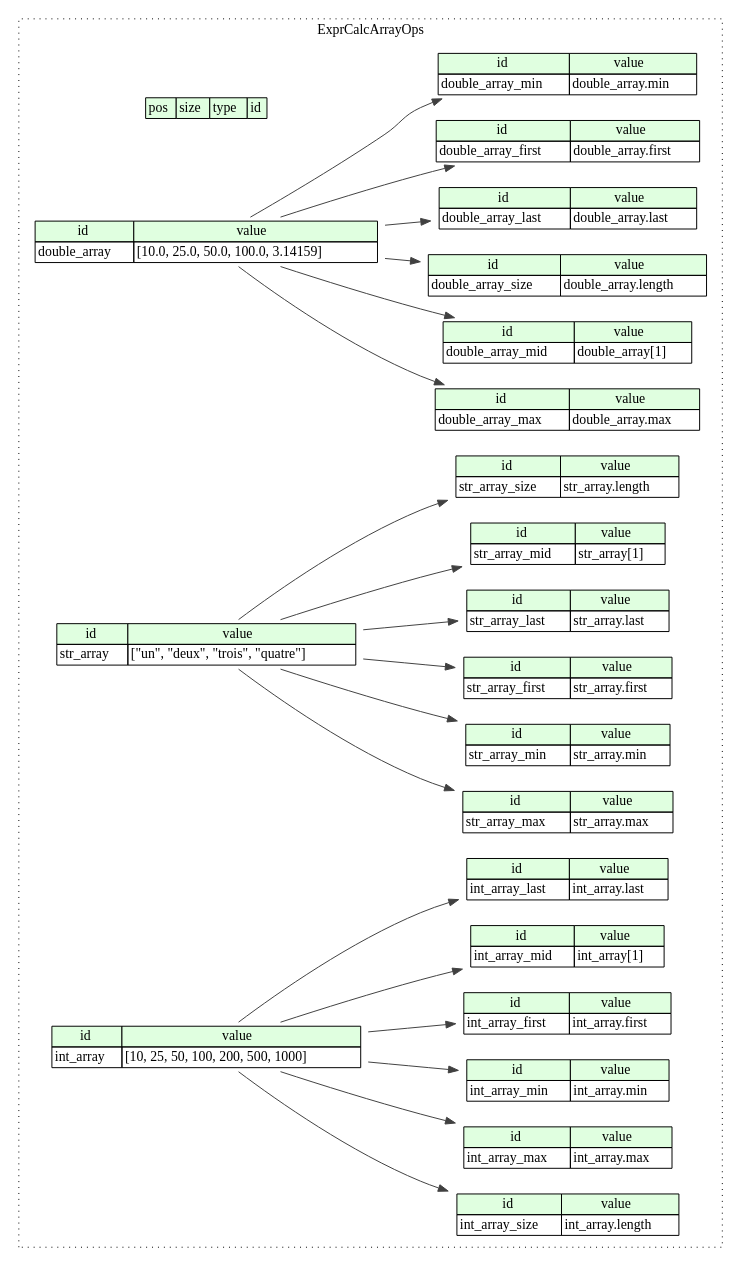
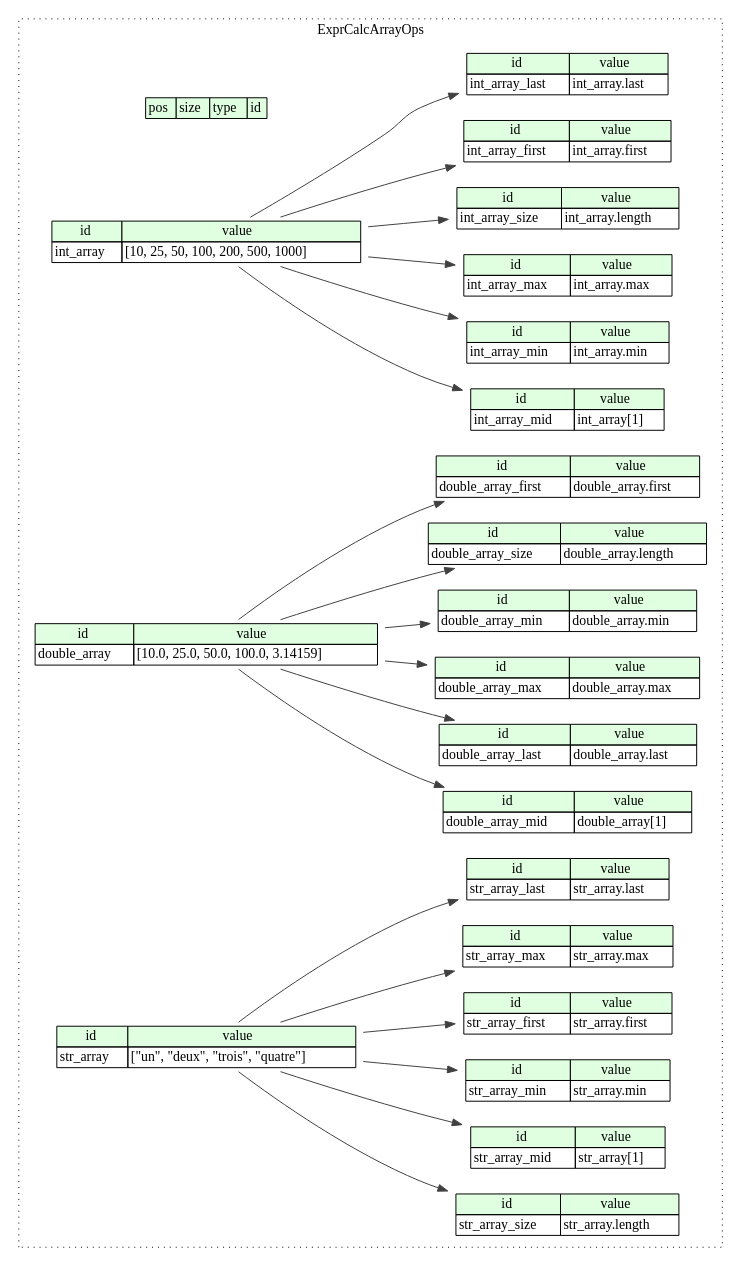
Before and after one commit to kaitai-io/ci_targets: the diagram in compiled/graphviz/expr_calc_array_ops.dot, drawn with Graphviz. The commit also changed other lines of this file and 388 other files, not shown here.

```diff
--- a/compiled/graphviz/expr_calc_array_ops.dot
+++ b/compiled/graphviz/expr_calc_array_ops.dot
@@ -8,107 +8,107 @@
 		expr_calc_array_ops__seq [label=<<TABLE BORDER="0" CELLBORDER="1" CELLSPACING="0">
 			<TR><TD BGCOLOR="#E0FFE0">pos</TD><TD BGCOLOR="#E0FFE0">size</TD><TD BGCOLOR="#E0FFE0">type</TD><TD BGCOLOR="#E0FFE0">id</TD></TR>
 		</TABLE>>];
-		expr_calc_array_ops__inst__double_array [label=<<TABLE BORDER="0" CELLBORDER="1" CELLSPACING="0">
+		expr_calc_array_ops__inst__double_array_mid [label=<<TABLE BORDER="0" CELLBORDER="1" CELLSPACING="0">
 			<TR><TD BGCOLOR="#E0FFE0">id</TD><TD BGCOLOR="#E0FFE0">value</TD></TR>
-			<TR><TD>double_array</TD><TD>[10.0, 25.0, 50.0, 100.0, 3.14159]</TD></TR>
+			<TR><TD>double_array_mid</TD><TD>double_array[1]</TD></TR>
+		</TABLE>>];
+		expr_calc_array_ops__inst__str_array_size [label=<<TABLE BORDER="0" CELLBORDER="1" CELLSPACING="0">
+			<TR><TD BGCOLOR="#E0FFE0">id</TD><TD BGCOLOR="#E0FFE0">value</TD></TR>
+			<TR><TD>str_array_size</TD><TD>str_array.length</TD></TR>
+		</TABLE>>];
+		expr_calc_array_ops__inst__int_array_mid [label=<<TABLE BORDER="0" CELLBORDER="1" CELLSPACING="0">
+			<TR><TD BGCOLOR="#E0FFE0">id</TD><TD BGCOLOR="#E0FFE0">value</TD></TR>
+			<TR><TD>int_array_mid</TD><TD>int_array[1]</TD></TR>
+		</TABLE>>];
+		expr_calc_array_ops__inst__double_array_last [label=<<TABLE BORDER="0" CELLBORDER="1" CELLSPACING="0">
+			<TR><TD BGCOLOR="#E0FFE0">id</TD><TD BGCOLOR="#E0FFE0">value</TD></TR>
+			<TR><TD>double_array_last</TD><TD>double_array.last</TD></TR>
+		</TABLE>>];
+		expr_calc_array_ops__inst__double_array_max [label=<<TABLE BORDER="0" CELLBORDER="1" CELLSPACING="0">
+			<TR><TD BGCOLOR="#E0FFE0">id</TD><TD BGCOLOR="#E0FFE0">value</TD></TR>
+			<TR><TD>double_array_max</TD><TD>double_array.max</TD></TR>
+		</TABLE>>];
+		expr_calc_array_ops__inst__int_array [label=<<TABLE BORDER="0" CELLBORDER="1" CELLSPACING="0">
+			<TR><TD BGCOLOR="#E0FFE0">id</TD><TD BGCOLOR="#E0FFE0">value</TD></TR>
+			<TR><TD>int_array</TD><TD>[10, 25, 50, 100, 200, 500, 1000]</TD></TR>
+		</TABLE>>];
+		expr_calc_array_ops__inst__double_array_min [label=<<TABLE BORDER="0" CELLBORDER="1" CELLSPACING="0">
+			<TR><TD BGCOLOR="#E0FFE0">id</TD><TD BGCOLOR="#E0FFE0">value</TD></TR>
+			<TR><TD>double_array_min</TD><TD>double_array.min</TD></TR>
+		</TABLE>>];
+		expr_calc_array_ops__inst__str_array_mid [label=<<TABLE BORDER="0" CELLBORDER="1" CELLSPACING="0">
+			<TR><TD BGCOLOR="#E0FFE0">id</TD><TD BGCOLOR="#E0FFE0">value</TD></TR>
+			<TR><TD>str_array_mid</TD><TD>str_array[1]</TD></TR>
+		</TABLE>>];
+		expr_calc_array_ops__inst__int_array_min [label=<<TABLE BORDER="0" CELLBORDER="1" CELLSPACING="0">
+			<TR><TD BGCOLOR="#E0FFE0">id</TD><TD BGCOLOR="#E0FFE0">value</TD></TR>
+			<TR><TD>int_array_min</TD><TD>int_array.min</TD></TR>
+		</TABLE>>];
+		expr_calc_array_ops__inst__int_array_max [label=<<TABLE BORDER="0" CELLBORDER="1" CELLSPACING="0">
+			<TR><TD BGCOLOR="#E0FFE0">id</TD><TD BGCOLOR="#E0FFE0">value</TD></TR>
+			<TR><TD>int_array_max</TD><TD>int_array.max</TD></TR>
 		</TABLE>>];
 		expr_calc_array_ops__inst__int_array_size [label=<<TABLE BORDER="0" CELLBORDER="1" CELLSPACING="0">
 			<TR><TD BGCOLOR="#E0FFE0">id</TD><TD BGCOLOR="#E0FFE0">value</TD></TR>
 			<TR><TD>int_array_size</TD><TD>int_array.length</TD></TR>
 		</TABLE>>];
-		expr_calc_array_ops__inst__int_array_max [label=<<TABLE BORDER="0" CELLBORDER="1" CELLSPACING="0">
+		expr_calc_array_ops__inst__double_array_size [label=<<TABLE BORDER="0" CELLBORDER="1" CELLSPACING="0">
 			<TR><TD BGCOLOR="#E0FFE0">id</TD><TD BGCOLOR="#E0FFE0">value</TD></TR>
-			<TR><TD>int_array_max</TD><TD>int_array.max</TD></TR>
+			<TR><TD>double_array_size</TD><TD>double_array.length</TD></TR>
 		</TABLE>>];
-		expr_calc_array_ops__inst__double_array_max [label=<<TABLE BORDER="0" CELLBORDER="1" CELLSPACING="0">
+		expr_calc_array_ops__inst__double_array [label=<<TABLE BORDER="0" CELLBORDER="1" CELLSPACING="0">
 			<TR><TD BGCOLOR="#E0FFE0">id</TD><TD BGCOLOR="#E0FFE0">value</TD></TR>
-			<TR><TD>double_array_max</TD><TD>double_array.max</TD></TR>
+			<TR><TD>double_array</TD><TD>[10.0, 25.0, 50.0, 100.0, 3.14159]</TD></TR>
+		</TABLE>>];
+		expr_calc_array_ops__inst__double_array_first [label=<<TABLE BORDER="0" CELLBORDER="1" CELLSPACING="0">
+			<TR><TD BGCOLOR="#E0FFE0">id</TD><TD BGCOLOR="#E0FFE0">value</TD></TR>
+			<TR><TD>double_array_first</TD><TD>double_array.first</TD></TR>
+		</TABLE>>];
+		expr_calc_array_ops__inst__int_array_first [label=<<TABLE BORDER="0" CELLBORDER="1" CELLSPACING="0">
+			<TR><TD BGCOLOR="#E0FFE0">id</TD><TD BGCOLOR="#E0FFE0">value</TD></TR>
+			<TR><TD>int_array_first</TD><TD>int_array.first</TD></TR>
+		</TABLE>>];
+		expr_calc_array_ops__inst__int_array_last [label=<<TABLE BORDER="0" CELLBORDER="1" CELLSPACING="0">
+			<TR><TD BGCOLOR="#E0FFE0">id</TD><TD BGCOLOR="#E0FFE0">value</TD></TR>
+			<TR><TD>int_array_last</TD><TD>int_array.last</TD></TR>
+		</TABLE>>];
+		expr_calc_array_ops__inst__str_array_min [label=<<TABLE BORDER="0" CELLBORDER="1" CELLSPACING="0">
+			<TR><TD BGCOLOR="#E0FFE0">id</TD><TD BGCOLOR="#E0FFE0">value</TD></TR>
+			<TR><TD>str_array_min</TD><TD>str_array.min</TD></TR>
+		</TABLE>>];
+		expr_calc_array_ops__inst__str_array [label=<<TABLE BORDER="0" CELLBORDER="1" CELLSPACING="0">
+			<TR><TD BGCOLOR="#E0FFE0">id</TD><TD BGCOLOR="#E0FFE0">value</TD></TR>
+			<TR><TD>str_array</TD><TD>[&quot;un&quot;, &quot;deux&quot;, &quot;trois&quot;, &quot;quatre&quot;]</TD></TR>
+		</TABLE>>];
+		expr_calc_array_ops__inst__str_array_first [label=<<TABLE BORDER="0" CELLBORDER="1" CELLSPACING="0">
+			<TR><TD BGCOLOR="#E0FFE0">id</TD><TD BGCOLOR="#E0FFE0">value</TD></TR>
+			<TR><TD>str_array_first</TD><TD>str_array.first</TD></TR>
 		</TABLE>>];
 		expr_calc_array_ops__inst__str_array_max [label=<<TABLE BORDER="0" CELLBORDER="1" CELLSPACING="0">
 			<TR><TD BGCOLOR="#E0FFE0">id</TD><TD BGCOLOR="#E0FFE0">value</TD></TR>
 			<TR><TD>str_array_max</TD><TD>str_array.max</TD></TR>
 		</TABLE>>];
-		expr_calc_array_ops__inst__str_array_min [label=<<TABLE BORDER="0" CELLBORDER="1" CELLSPACING="0">
-			<TR><TD BGCOLOR="#E0FFE0">id</TD><TD BGCOLOR="#E0FFE0">value</TD></TR>
-			<TR><TD>str_array_min</TD><TD>str_array.min</TD></TR>
-		</TABLE>>];
-		expr_calc_array_ops__inst__double_array_mid [label=<<TABLE BORDER="0" CELLBORDER="1" CELLSPACING="0">
-			<TR><TD BGCOLOR="#E0FFE0">id</TD><TD BGCOLOR="#E0FFE0">value</TD></TR>
-			<TR><TD>double_array_mid</TD><TD>double_array[1]</TD></TR>
-		</TABLE>>];
-		expr_calc_array_ops__inst__str_array [label=<<TABLE BORDER="0" CELLBORDER="1" CELLSPACING="0">
-			<TR><TD BGCOLOR="#E0FFE0">id</TD><TD BGCOLOR="#E0FFE0">value</TD></TR>
-			<TR><TD>str_array</TD><TD>[&quot;un&quot;, &quot;deux&quot;, &quot;trois&quot;, &quot;quatre&quot;]</TD></TR>
-		</TABLE>>];
-		expr_calc_array_ops__inst__double_array_size [label=<<TABLE BORDER="0" CELLBORDER="1" CELLSPACING="0">
-			<TR><TD BGCOLOR="#E0FFE0">id</TD><TD BGCOLOR="#E0FFE0">value</TD></TR>
-			<TR><TD>double_array_size</TD><TD>double_array.length</TD></TR>
-		</TABLE>>];
-		expr_calc_array_ops__inst__str_array_first [label=<<TABLE BORDER="0" CELLBORDER="1" CELLSPACING="0">
-			<TR><TD BGCOLOR="#E0FFE0">id</TD><TD BGCOLOR="#E0FFE0">value</TD></TR>
-			<TR><TD>str_array_first</TD><TD>str_array.first</TD></TR>
-		</TABLE>>];
 		expr_calc_array_ops__inst__str_array_last [label=<<TABLE BORDER="0" CELLBORDER="1" CELLSPACING="0">
 			<TR><TD BGCOLOR="#E0FFE0">id</TD><TD BGCOLOR="#E0FFE0">value</TD></TR>
 			<TR><TD>str_array_last</TD><TD>str_array.last</TD></TR>
 		</TABLE>>];
-		expr_calc_array_ops__inst__str_array_mid [label=<<TABLE BORDER="0" CELLBORDER="1" CELLSPACING="0">
-			<TR><TD BGCOLOR="#E0FFE0">id</TD><TD BGCOLOR="#E0FFE0">value</TD></TR>
-			<TR><TD>str_array_mid</TD><TD>str_array[1]</TD></TR>
-		</TABLE>>];
-		expr_calc_array_ops__inst__double_array_last [label=<<TABLE BORDER="0" CELLBORDER="1" CELLSPACING="0">
-			<TR><TD BGCOLOR="#E0FFE0">id</TD><TD BGCOLOR="#E0FFE0">value</TD></TR>
-			<TR><TD>double_array_last</TD><TD>double_array.last</TD></TR>
-		</TABLE>>];
-		expr_calc_array_ops__inst__int_array_min [label=<<TABLE BORDER="0" CELLBORDER="1" CELLSPACING="0">
-			<TR><TD BGCOLOR="#E0FFE0">id</TD><TD BGCOLOR="#E0FFE0">value</TD></TR>
-			<TR><TD>int_array_min</TD><TD>int_array.min</TD></TR>
-		</TABLE>>];
-		expr_calc_array_ops__inst__str_array_size [label=<<TABLE BORDER="0" CELLBORDER="1" CELLSPACING="0">
-			<TR><TD BGCOLOR="#E0FFE0">id</TD><TD BGCOLOR="#E0FFE0">value</TD></TR>
-			<TR><TD>str_array_size</TD><TD>str_array.length</TD></TR>
-		</TABLE>>];
-		expr_calc_array_ops__inst__int_array_first [label=<<TABLE BORDER="0" CELLBORDER="1" CELLSPACING="0">
-			<TR><TD BGCOLOR="#E0FFE0">id</TD><TD BGCOLOR="#E0FFE0">value</TD></TR>
-			<TR><TD>int_array_first</TD><TD>int_array.first</TD></TR>
-		</TABLE>>];
-		expr_calc_array_ops__inst__double_array_first [label=<<TABLE BORDER="0" CELLBORDER="1" CELLSPACING="0">
-			<TR><TD BGCOLOR="#E0FFE0">id</TD><TD BGCOLOR="#E0FFE0">value</TD></TR>
-			<TR><TD>double_array_first</TD><TD>double_array.first</TD></TR>
-		</TABLE>>];
-		expr_calc_array_ops__inst__int_array_mid [label=<<TABLE BORDER="0" CELLBORDER="1" CELLSPACING="0">
-			<TR><TD BGCOLOR="#E0FFE0">id</TD><TD BGCOLOR="#E0FFE0">value</TD></TR>
-			<TR><TD>int_array_mid</TD><TD>int_array[1]</TD></TR>
-		</TABLE>>];
-		expr_calc_array_ops__inst__double_array_min [label=<<TABLE BORDER="0" CELLBORDER="1" CELLSPACING="0">
-			<TR><TD BGCOLOR="#E0FFE0">id</TD><TD BGCOLOR="#E0FFE0">value</TD></TR>
-			<TR><TD>double_array_min</TD><TD>double_array.min</TD></TR>
-		</TABLE>>];
-		expr_calc_array_ops__inst__int_array [label=<<TABLE BORDER="0" CELLBORDER="1" CELLSPACING="0">
-			<TR><TD BGCOLOR="#E0FFE0">id</TD><TD BGCOLOR="#E0FFE0">value</TD></TR>
-			<TR><TD>int_array</TD><TD>[10, 25, 50, 100, 200, 500, 1000]</TD></TR>
-		</TABLE>>];
-		expr_calc_array_ops__inst__int_array_last [label=<<TABLE BORDER="0" CELLBORDER="1" CELLSPACING="0">
-			<TR><TD BGCOLOR="#E0FFE0">id</TD><TD BGCOLOR="#E0FFE0">value</TD></TR>
-			<TR><TD>int_array_last</TD><TD>int_array.last</TD></TR>
-		</TABLE>>];
 	}
+	expr_calc_array_ops__inst__double_array:double_array_type -> expr_calc_array_ops__inst__double_array_mid [color="#404040"];
+	expr_calc_array_ops__inst__str_array:str_array_type -> expr_calc_array_ops__inst__str_array_size [color="#404040"];
+	expr_calc_array_ops__inst__int_array:int_array_type -> expr_calc_array_ops__inst__int_array_mid [color="#404040"];
+	expr_calc_array_ops__inst__double_array:double_array_type -> expr_calc_array_ops__inst__double_array_last [color="#404040"];
+	expr_calc_array_ops__inst__double_array:double_array_type -> expr_calc_array_ops__inst__double_array_max [color="#404040"];
+	expr_calc_array_ops__inst__double_array:double_array_type -> expr_calc_array_ops__inst__double_array_min [color="#404040"];
+	expr_calc_array_ops__inst__str_array:str_array_type -> expr_calc_array_ops__inst__str_array_mid [color="#404040"];
+	expr_calc_array_ops__inst__int_array:int_array_type -> expr_calc_array_ops__inst__int_array_min [color="#404040"];
+	expr_calc_array_ops__inst__int_array:int_array_type -> expr_calc_array_ops__inst__int_array_max [color="#404040"];
 	expr_calc_array_ops__inst__int_array:int_array_type -> expr_calc_array_ops__inst__int_array_size [color="#404040"];
-	expr_calc_array_ops__inst__int_array:int_array_type -> expr_calc_array_ops__inst__int_array_max [color="#404040"];
-	expr_calc_array_ops__inst__double_array:double_array_type -> expr_calc_array_ops__inst__double_array_max [color="#404040"];
+	expr_calc_array_ops__inst__double_array:double_array_type -> expr_calc_array_ops__inst__double_array_size [color="#404040"];
+	expr_calc_array_ops__inst__double_array:double_array_type -> expr_calc_array_ops__inst__double_array_first [color="#404040"];
+	expr_calc_array_ops__inst__int_array:int_array_type -> expr_calc_array_ops__inst__int_array_first [color="#404040"];
+	expr_calc_array_ops__inst__int_array:int_array_type -> expr_calc_array_ops__inst__int_array_last [color="#404040"];
+	expr_calc_array_ops__inst__str_array:str_array_type -> expr_calc_array_ops__inst__str_array_min [color="#404040"];
+	expr_calc_array_ops__inst__str_array:str_array_type -> expr_calc_array_ops__inst__str_array_first [color="#404040"];
 	expr_calc_array_ops__inst__str_array:str_array_type -> expr_calc_array_ops__inst__str_array_max [color="#404040"];
-	expr_calc_array_ops__inst__str_array:str_array_type -> expr_calc_array_ops__inst__str_array_min [color="#404040"];
-	expr_calc_array_ops__inst__double_array:double_array_type -> expr_calc_array_ops__inst__double_array_mid [color="#404040"];
-	expr_calc_array_ops__inst__double_array:double_array_type -> expr_calc_array_ops__inst__double_array_size [color="#404040"];
-	expr_calc_array_ops__inst__str_array:str_array_type -> expr_calc_array_ops__inst__str_array_first [color="#404040"];
 	expr_calc_array_ops__inst__str_array:str_array_type -> expr_calc_array_ops__inst__str_array_last [color="#404040"];
-	expr_calc_array_ops__inst__str_array:str_array_type -> expr_calc_array_ops__inst__str_array_mid [color="#404040"];
-	expr_calc_array_ops__inst__double_array:double_array_type -> expr_calc_array_ops__inst__double_array_last [color="#404040"];
-	expr_calc_array_ops__inst__int_array:int_array_type -> expr_calc_array_ops__inst__int_array_min [color="#404040"];
-	expr_calc_array_ops__inst__str_array:str_array_type -> expr_calc_array_ops__inst__str_array_size [color="#404040"];
-	expr_calc_array_ops__inst__int_array:int_array_type -> expr_calc_array_ops__inst__int_array_first [color="#404040"];
-	expr_calc_array_ops__inst__double_array:double_array_type -> expr_calc_array_ops__inst__double_array_first [color="#404040"];
-	expr_calc_array_ops__inst__int_array:int_array_type -> expr_calc_array_ops__inst__int_array_mid [color="#404040"];
-	expr_calc_array_ops__inst__double_array:double_array_type -> expr_calc_array_ops__inst__double_array_min [color="#404040"];
-	expr_calc_array_ops__inst__int_array:int_array_type -> expr_calc_array_ops__inst__int_array_last [color="#404040"];
 }
```
